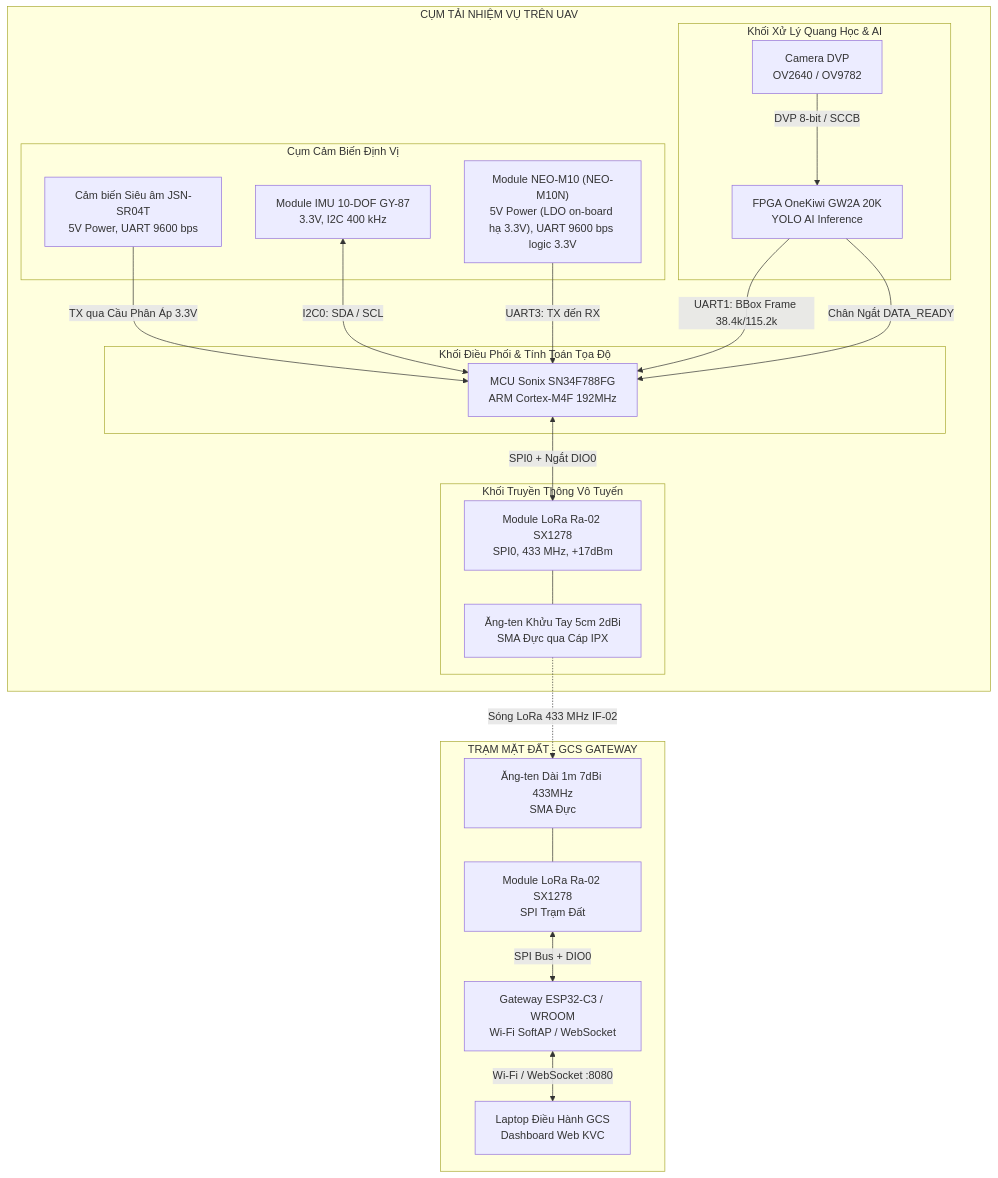
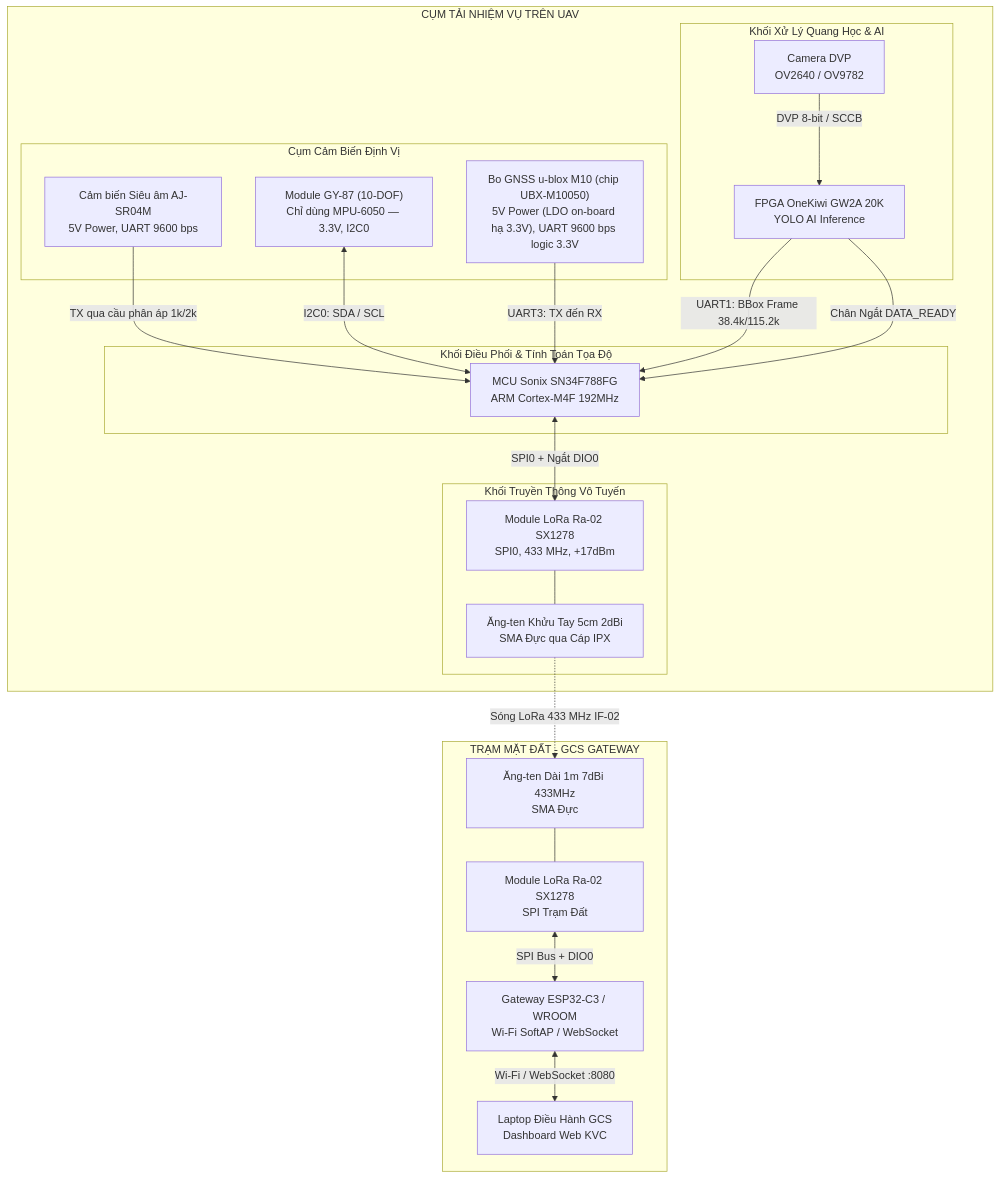
One commit to duyphong375/uav_payload changed the diagram in docs/hardware/wiring/KVC_MASTER_PINOUT_WIRING.md. Above: the diagram before and after it, drawn with Mermaid. The commit also changed other lines of this file and 40 other files, not shown here.

First line of the commit message:
feat(firmware): GNSS/UBX config, timebase, RF decode and net policy

````diff
--- a/docs/hardware/wiring/KVC_MASTER_PINOUT_WIRING.md
+++ b/docs/hardware/wiring/KVC_MASTER_PINOUT_WIRING.md
@@ -18,39 +18,39 @@
 ```mermaid
 flowchart TD
     subgraph TAI_UAV ["CỤM TẢI NHIỆM VỤ TRÊN UAV"]
         subgraph SENSORS ["Cụm Cảm Biến Định Vị"]
-            JSN["Cảm biến Siêu âm JSN-SR04T<br/>5V Power, UART 9600 bps"]
-            GY87["Module IMU 10-DOF GY-87<br/>3.3V, I2C 400 kHz"]
-            GNSS["Module NEO-M10 (NEO-M10N)<br/>5V Power (LDO on-board hạ 3.3V), UART 9600 bps logic 3.3V"]
+            US["Cảm biến Siêu âm AJ-SR04M<br/>5V Power, UART 9600 bps"]
+            GY87["Module GY-87 (10-DOF)<br/>Chỉ dùng MPU-6050 — 3.3V, I2C0"]
+            GNSS["Bo GNSS u-blox M10 (chip UBX-M10050)<br/>5V Power (LDO on-board hạ 3.3V), UART 9600 bps logic 3.3V"]
         end
 
         subgraph AI_BLOCK ["Khối Xử Lý Quang Học & AI"]
             CAM["Camera DVP<br/>OV2640 / OV9782"] -->|"DVP 8-bit / SCCB"| FPGA["FPGA OneKiwi GW2A 20K<br/>YOLO AI Inference"]
         end
 
         subgraph MCU_CORE ["Khối Điều Phối & Tính Toán Tọa Độ"]
             SONIX["MCU Sonix SN34F788FG<br/>ARM Cortex-M4F 192MHz"]
         end
 
         subgraph RF_UAV ["Khối Truyền Thông Vô Tuyến"]
             LORA_TX["Module LoRa Ra-02 SX1278<br/>SPI0, 433 MHz, +17dBm"]
             ANT_UAV["Ăng-ten Khửu Tay 5cm 2dBi<br/>SMA Đực qua Cáp IPX"]
             LORA_TX --- ANT_UAV
         end
 
-        JSN -->|"TX qua Cầu Phân Áp 3.3V"| SONIX
+        US -->|"TX qua cầu phân áp 1k/2k"| SONIX
         GY87 <-->|"I2C0: SDA / SCL"| SONIX
         GNSS -->|"UART3: TX đến RX"| SONIX
         FPGA -->|"UART1: BBox Frame 38.4k/115.2k"| SONIX
         FPGA -->|"Chân Ngắt DATA_READY"| SONIX
         SONIX <-->|"SPI0 + Ngắt DIO0"| LORA_TX
     end
 
     subgraph GROUND_STATION ["TRẠM MẶT ĐẤT - GCS GATEWAY"]
         ANT_GND["Ăng-ten Dài 1m 7dBi 433MHz<br/>SMA Đực"] --- LORA_RX["Module LoRa Ra-02 SX1278<br/>SPI Trạm Đất"]
         LORA_RX <-->|"SPI Bus + DIO0"| ESP32["Gateway ESP32-C3 / WROOM<br/>Wi-Fi SoftAP / WebSocket"]
         ESP32 <-->|"Wi-Fi / WebSocket :8080"| GCS_PC["Laptop Điều Hành GCS<br/>Dashboard Web KVC"]
     end
 
     ANT_UAV -.->|"Sóng LoRa 433 MHz IF-02"| ANT_GND
 ```
````
